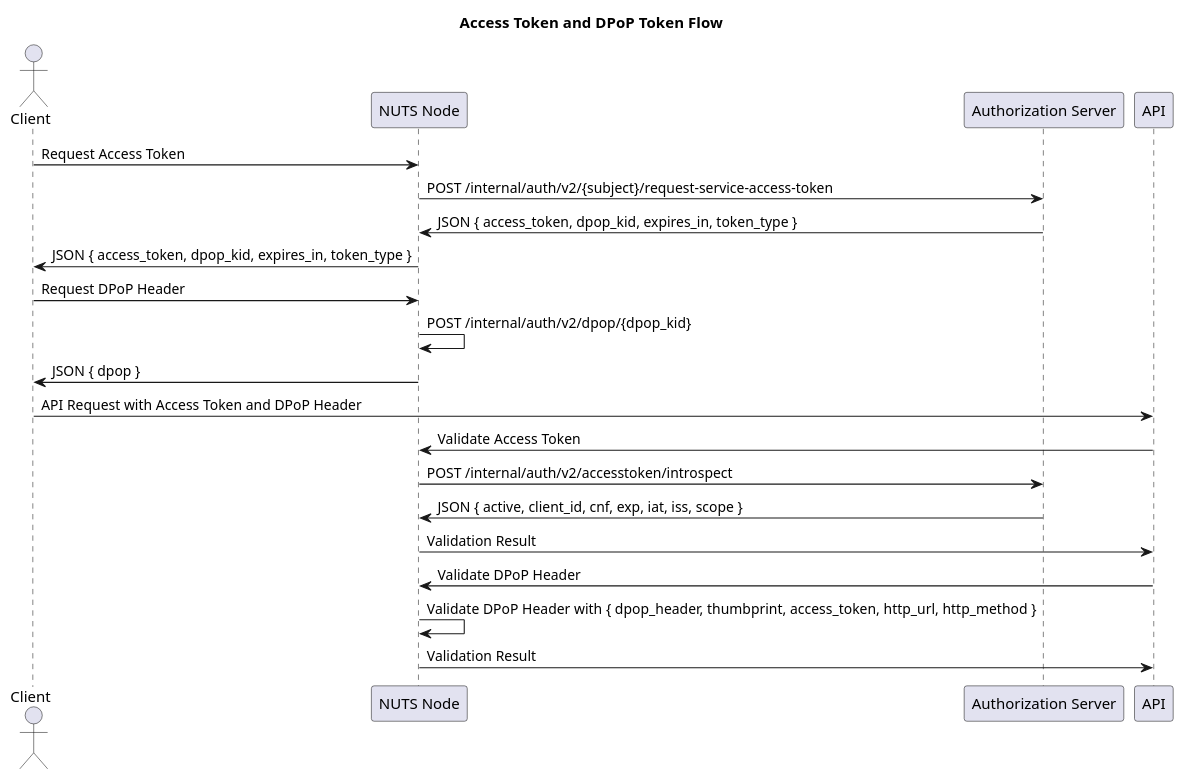
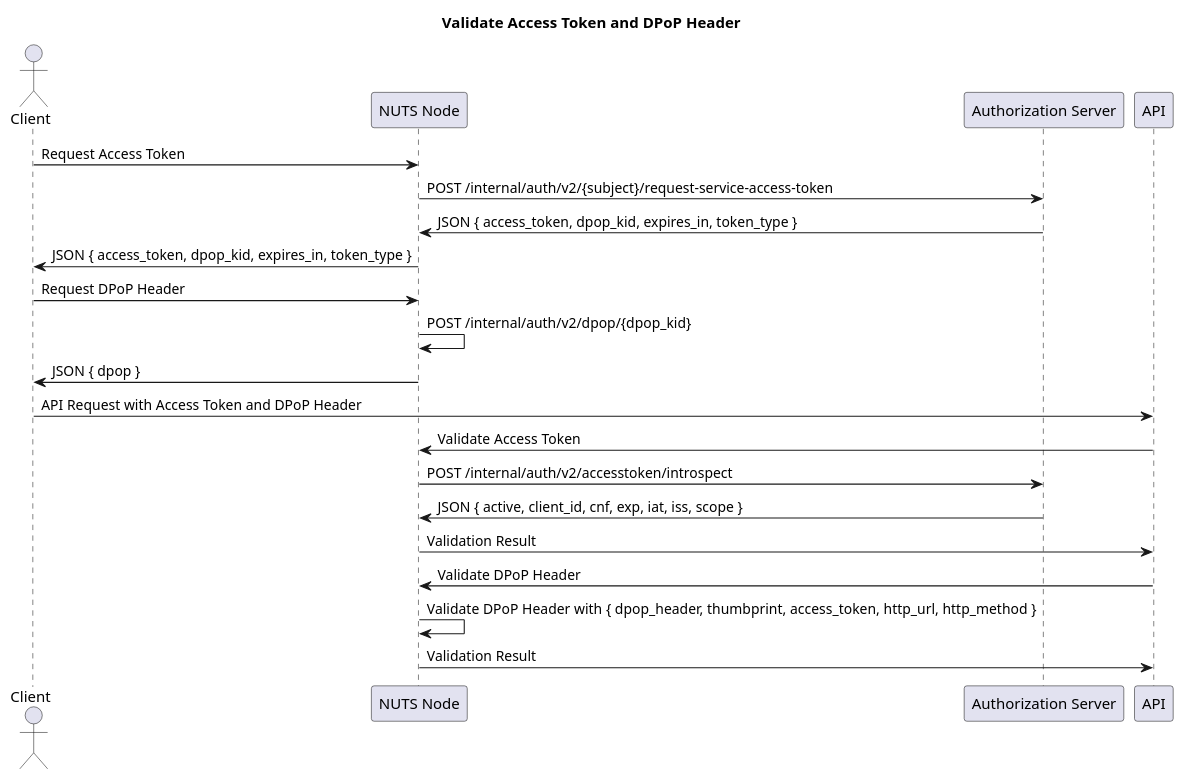
One commit to ozoverbindzorg/integrale-netwerk-communicatie changed the diagram in input/images-source/nuts_access_token_dpop_validation.plantuml. Above: the diagram before and after it, drawn with PlantUML.

Commit message:
Update diagram title in DPoP validation flow
Renamed the diagram title to better describe its purpose, changing from "Access Token and DPoP Token Flow" to "Validate Access Token and DPoP Header." This improves clarity and aligns the title with the content of the diagram.

```diff
--- a/input/images-source/nuts_access_token_dpop_validation.plantuml
+++ b/input/images-source/nuts_access_token_dpop_validation.plantuml
@@ -1,27 +1,27 @@
 @startuml
-title Access Token and DPoP Token Flow
+title Validate Access Token and DPoP Header
 
 actor Client
 participant "NUTS Node" as NutsNode
 participant "Authorization Server" as AuthServer
 
 Client -> NutsNode: Request Access Token
 NutsNode -> AuthServer: POST /internal/auth/v2/{subject}/request-service-access-token
 AuthServer -> NutsNode: JSON { access_token, dpop_kid, expires_in, token_type }
 NutsNode -> Client: JSON { access_token, dpop_kid, expires_in, token_type }
 
 Client -> NutsNode: Request DPoP Header
 NutsNode -> NutsNode: POST /internal/auth/v2/dpop/{dpop_kid}
 NutsNode -> Client: JSON { dpop }
 
 Client -> API: API Request with Access Token and DPoP Header
 API -> NutsNode: Validate Access Token
 NutsNode -> AuthServer: POST /internal/auth/v2/accesstoken/introspect
 AuthServer -> NutsNode: JSON { active, client_id, cnf, exp, iat, iss, scope }
 NutsNode -> API: Validation Result
 
 API -> NutsNode: Validate DPoP Header
 NutsNode -> NutsNode: Validate DPoP Header with { dpop_header, thumbprint, access_token, http_url, http_method }
 NutsNode -> API: Validation Result
 
 @enduml
```
